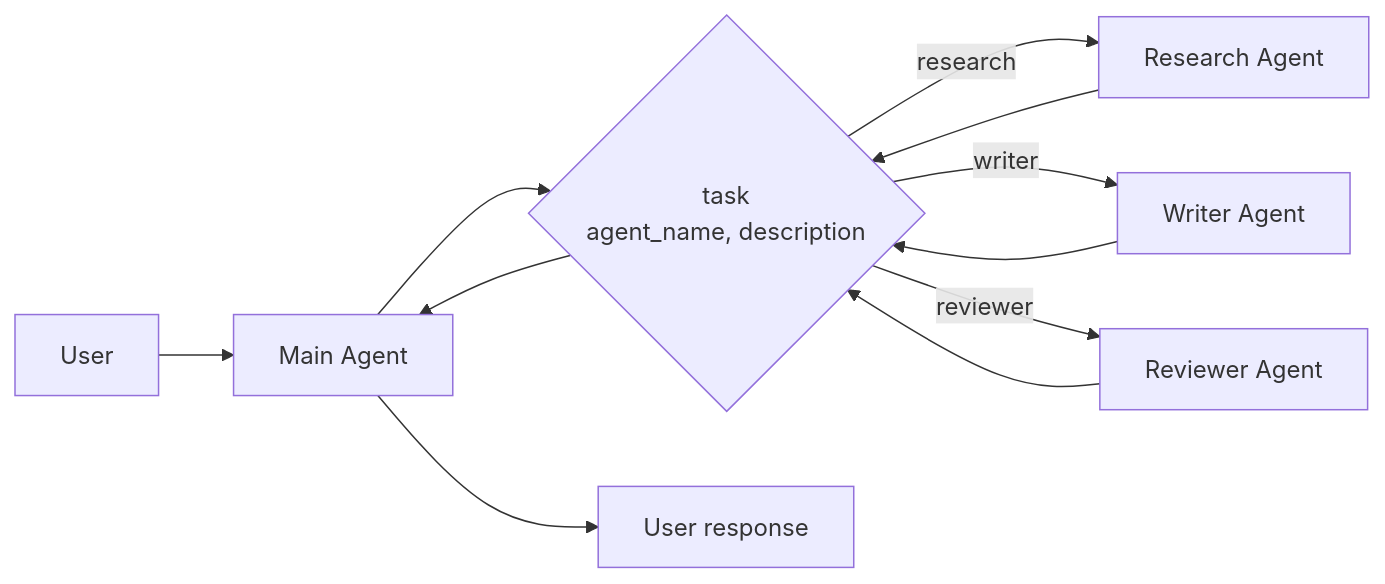
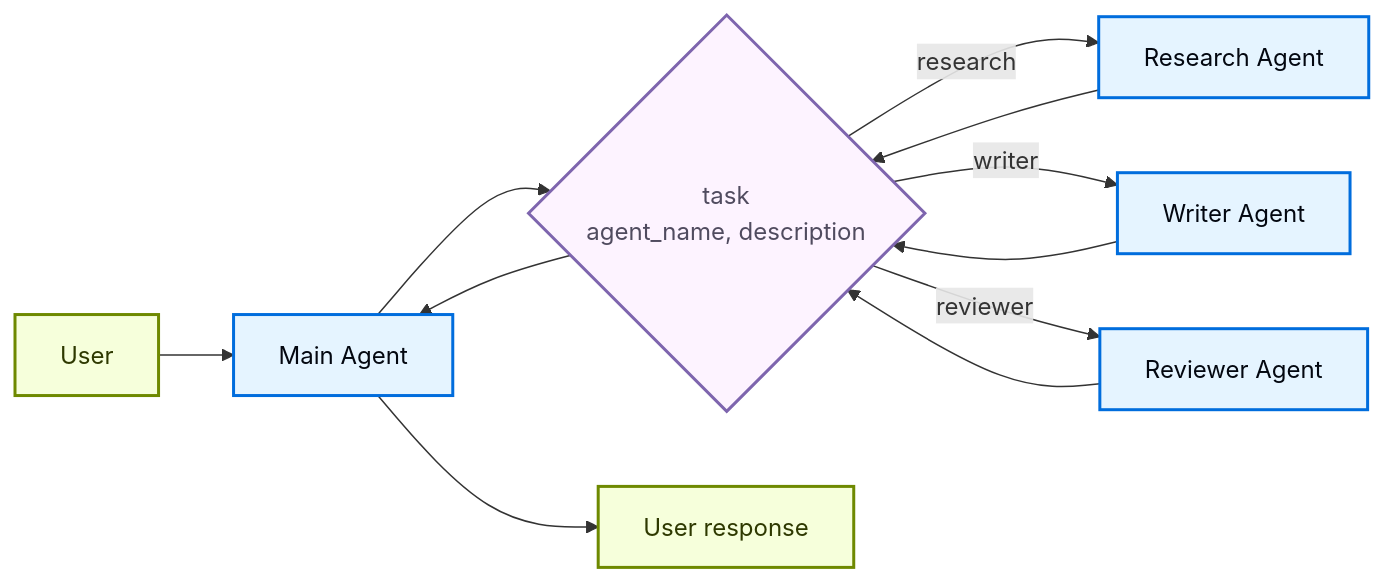
Before and after one commit to fede-kamel/docs-1: the fifth of 5 diagrams in build/oss/javascript/langchain/multi-agent/subagents.mdx, drawn with Mermaid. The commit also changed other lines of this file and 3929 other files, not shown here.

````diff
--- a/build/oss/javascript/langchain/multi-agent/subagents.mdx
+++ b/build/oss/javascript/langchain/multi-agent/subagents.mdx
@@ -240,13 +254,21 @@
 ```mermaid
 graph LR
     A[User] --> B[Main Agent]
     B --> C{task<br/>agent_name, description}
     C -->|research| D[Research Agent]
     C -->|writer| E[Writer Agent]
     C -->|reviewer| F[Reviewer Agent]
     D --> C
     E --> C
     F --> C
     C --> B
     B --> G[User response]
+
+    classDef trigger fill:#F6FFDB,stroke:#6E8900,stroke-width:2px,color:#2E3900
+    classDef process fill:#E5F4FF,stroke:#006DDD,stroke-width:2px,color:#030710
+    classDef decision fill:#FDF3FF,stroke:#7E65AE,stroke-width:2px,color:#504B5F
+
+    class A,G trigger
+    class B,D,E,F process
+    class C decision
 ```
````
